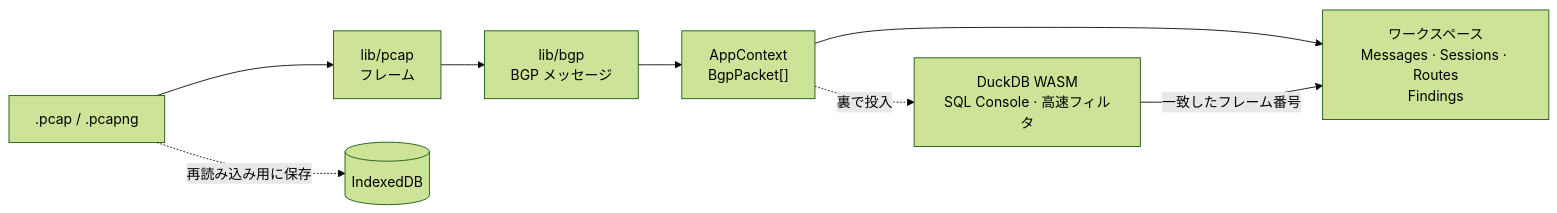
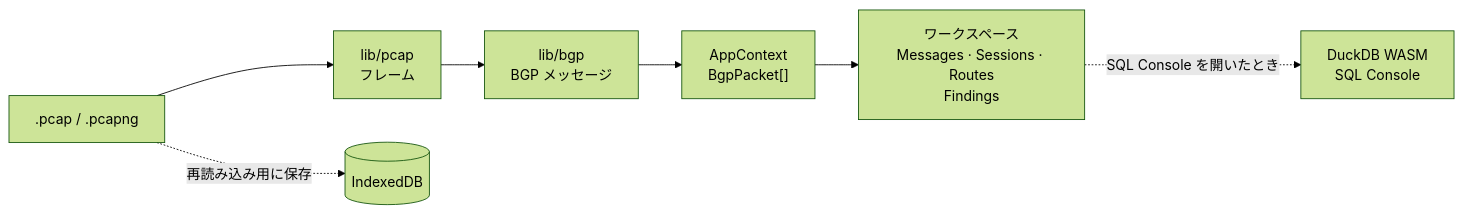
One commit to shmuto/bgpshark changed the diagram in README.ja.md. Above: the diagram before and after it, drawn with Mermaid (forest theme). The commit also changed other lines of this file and 12 other files, not shown here.

````diff
--- a/README.ja.md
+++ b/README.ja.md
@@ -91,9 +91,8 @@
 ```mermaid
 flowchart LR
     file[".pcap / .pcapng"] --> pcap["lib/pcap<br/>フレーム"] --> bgp["lib/bgp<br/>BGP メッセージ"]
     bgp --> state["AppContext<br/>BgpPacket[]"]
     state --> views["ワークスペース<br/>Messages · Sessions · Routes<br/>Findings"]
-    state -. "裏で投入" .-> duck["DuckDB WASM<br/>SQL Console · 高速フィルタ"]
-    duck -- "一致したフレーム番号" --> views
+    views -. "SQL Console を開いたとき" .-> duck["DuckDB WASM<br/>SQL Console"]
     file -. "再読み込み用に保存" .-> idb[("IndexedDB")]
 ```
````
